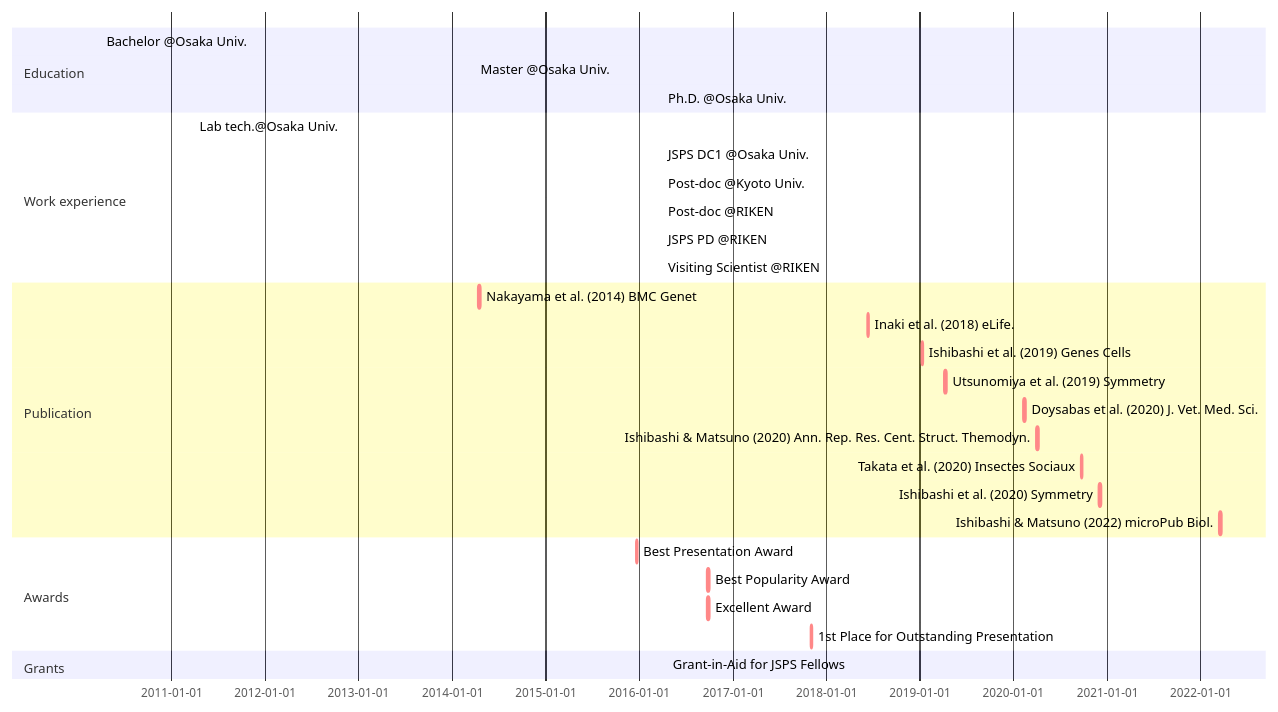
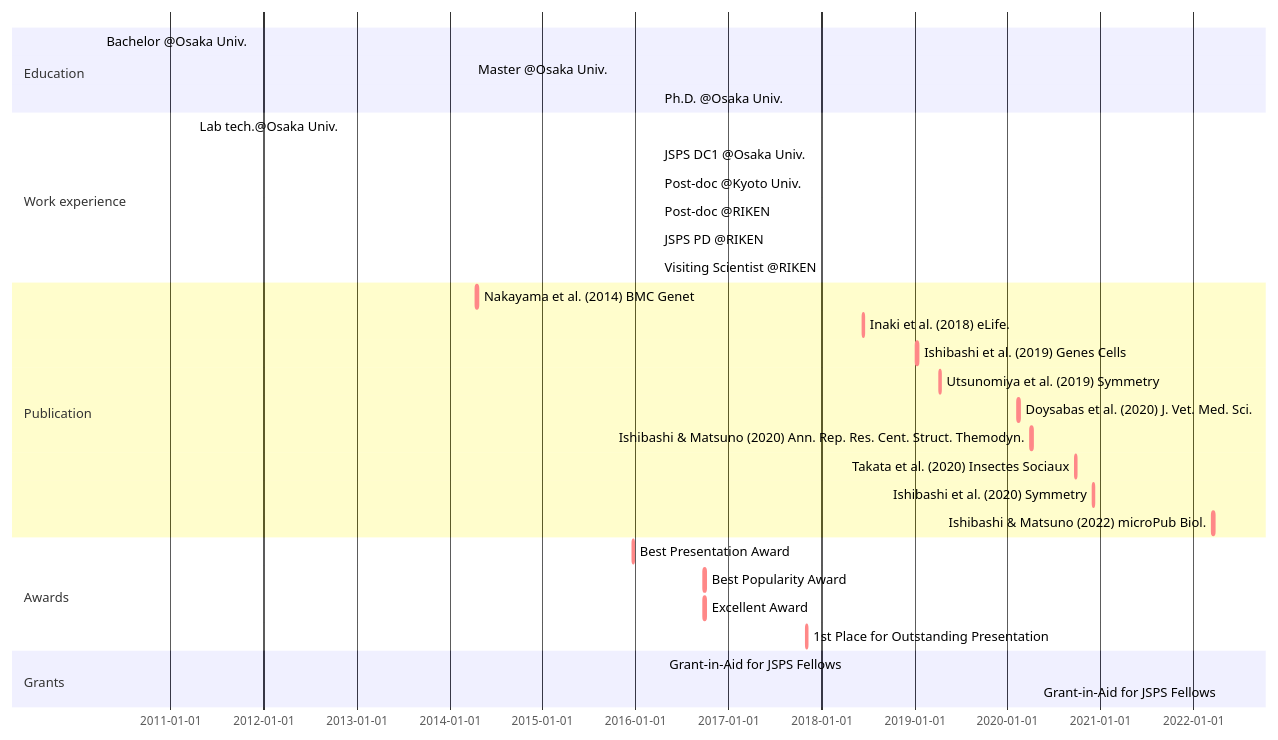
Before and after one commit to ishibaki/ishibaki.github.io: the diagram in _includes/mermaid-cv.md, drawn with Mermaid.

````diff
--- a/_includes/mermaid-cv.md
+++ b/_includes/mermaid-cv.md
@@ -1,31 +1,32 @@
 ```mermaid
 gantt
 section Education
   Bachelor @Osaka Univ. : BS, 2010-04-01, 2014-03-25
   Master @Osaka Univ.   : MS, 2014-04-01, 2016-03-28
   Ph.D. @Osaka Univ.    : Ph.D., 2016-04-01, 2019-03-25
 section Work experience
   Lab tech.@Osaka Univ.     : done, OU-tech, 2011-04-01, 2012-03-31
   JSPS DC1 @Osaka Univ.     : done, DC1, 2016-04-01, 2019-03-31
   Post-doc @Kyoto Univ.     : done, KU-postdoc, after DC1, 2021-04-30
   Post-doc @RIKEN           : done, RIKEN-postdoc, after KU-postdoc, 2022-03-31
   JSPS PD @RIKEN            : active, PD, after RIKEN-postdoc, 2025-03-31
   Visiting Scientist @RIKEN : active, PD, after RIKEN-postdoc, 2025-03-31
 section Publication
   Nakayama et al. (2014) BMC Genet          : crit, nakayama2014, 2014-04-16, 1w
   Inaki et al. (2018) eLife.                : crit, inaki2018, 2018-06-12, 1w
   Ishibashi et al. (2019) Genes Cells       : crit, ishibashi2019, 2019-01-09, 1w
   Utsunomiya et al. (2019) Symmetry         : crit, utsunomiya2019, 2019-04-08, 1w
   Doysabas et al. (2020) J. Vet. Med. Sci.  : crit, doysabas2020, 2020-02-12, 1w
   Ishibashi & Matsuno (2020) Ann. Rep. Res. Cent. Struct. Themodyn. : crit, ishibashi2020a, 2020-04-01, 1w
   Takata et al. (2020) Insectes Sociaux     : crit, takata2020, 2020-09-22, 1w
   Ishibashi et al. (2020) Symmetry          : crit, ishibashi2020b, 2020-12-02, 1w
   Ishibashi & Matsuno (2022) microPub Biol. : crit, ishibashi2022, 2022-03-18, 1w
 section Awards
   Best Presentation Award                : crit, aw_1, 2015-12-20, 1w
   Best Popularity Award                  : crit, aw_2, 2016-09-25, 1w
   Excellent Award                        : crit, aw_3, 2016-09-25, 1w
   1st Place for Outstanding Presentation : crit, aw_4, 2017-11-01, 1w
 section Grants
   Grant-in-Aid for JSPS Fellows : done, grant_DC1, 2016-04-22, 2019-03-31
+  Grant-in-Aid for JSPS Fellows : active, grant_PD, 2022-04-22, 2025-03-31
 ```
````
